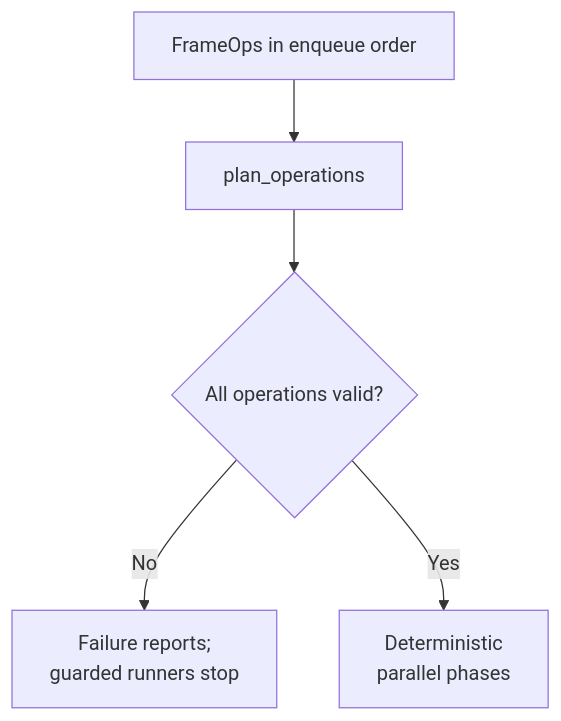
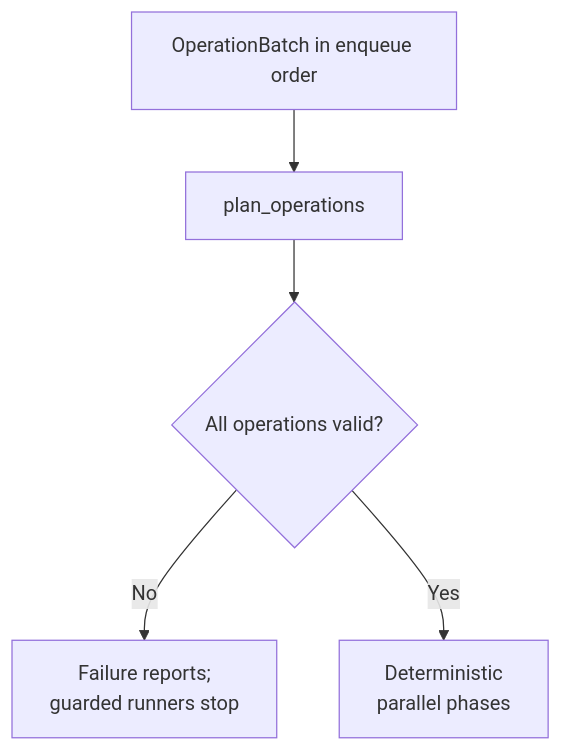
One commit to kindjie/tess changed the first of 2 diagrams in docs/architecture/queued-operations.md. Above: the diagram before and after it, drawn with Mermaid. The commit also changed other lines of this file and 235 other files, not shown here.

````diff
--- a/docs/architecture/queued-operations.md
+++ b/docs/architecture/queued-operations.md
@@ -11,10 +11,10 @@
 ```mermaid
 flowchart TB
   accTitle: Queued-operation planning
   accDescr: Guarded runners validate the queue before forming deterministic phases that prove disjoint mutable chunk ownership.
 
-  Queue["FrameOps in enqueue order"] --> Plan["plan_operations"]
+  Queue["OperationBatch in enqueue order"] --> Plan["plan_operations"]
   Plan --> Valid{"All operations valid?"}
   Valid -->|No| Reject["Failure reports;<br/>guarded runners stop"]
   Valid -->|Yes| Phases["Deterministic<br/>parallel phases"]
 ```
````
